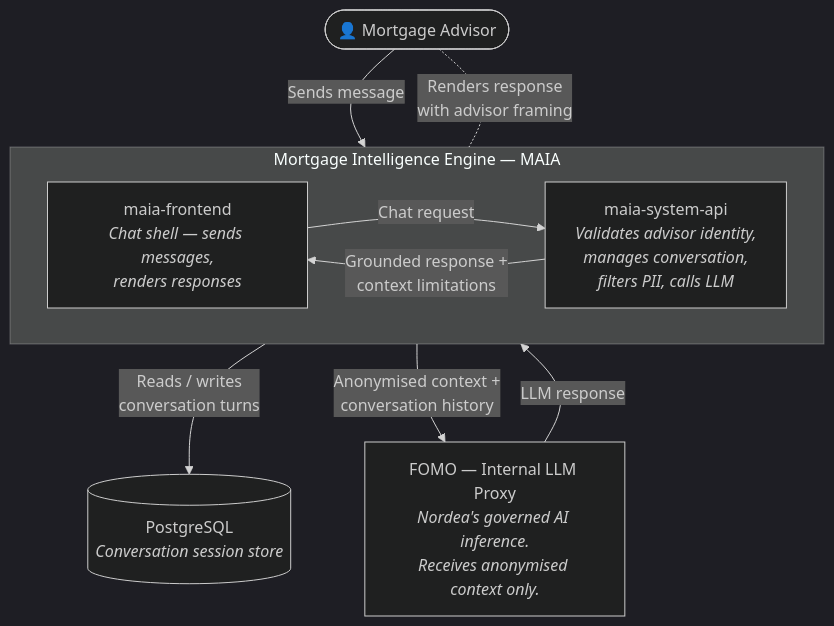
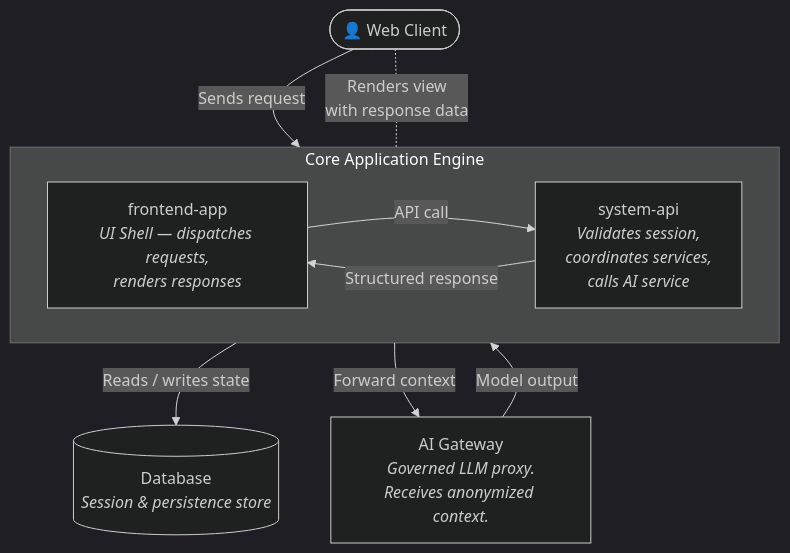
The diagram in demo.mmd (eserlan/mermaider), drawn with Mermaid (dark theme) before and after one commit. The commit also changed 1 other file, not shown here.

Commit message:
fix(demo): sanitize demo diagram to use generic application architecture

```diff
--- a/demo.mmd
+++ b/demo.mmd
@@ -1,19 +1,19 @@
 flowchart TB
-  ADVISOR(["👤 Mortgage Advisor"])
+  CLIENT(["👤 Web Client"])
 
-  subgraph MAIA_BOX["Mortgage Intelligence Engine — MAIA"]
+  subgraph ENGINE["Core Application Engine"]
     direction LR
-    FE["maia-frontend<br/><i>Chat shell — sends messages,<br/>renders responses</i>"]
-    API["maia-system-api<br/><i>Validates advisor identity,<br/>manages conversation,<br/>filters PII, calls LLM</i>"]
+    FE["frontend-app<br/><i>UI Shell — dispatches requests,<br/>renders responses</i>"]
+    API["system-api<br/><i>Validates session,<br/>coordinates services,<br/>calls AI service</i>"]
   end
 
-  ADVISOR -->|"Sends message"| FE
-  DB[("PostgreSQL<br/><i>Conversation session store<br/></i>")]
-  FOMO["FOMO — Internal LLM Proxy<br/><i>Nordea's governed AI inference.<br/>Receives anonymised context only.</i>"]
+  CLIENT -->|"Sends request"| FE
+  DB[("Database<br/><i>Session & persistence store</i>")]
+  AI["AI Gateway<br/><i>Governed LLM proxy.<br/>Receives anonymized context.</i>"]
 
-  FE -->|"Chat request"| API
-  API -->|"Reads / writes<br/>conversation turns"| DB
-  API -->|"Anonymised context +<br/>conversation history"| FOMO
-  FOMO -->|"LLM response"| API
-  API -->|"Grounded response +<br/>context limitations"| FE
-  ADVISOR <-.-|"Renders response<br/>with advisor framing"| FE
+  FE -->|"API call"| API
+  API -->|"Reads / writes state"| DB
+  API -->|"Forward context"| AI
+  AI -->|"Model output"| API
+  API -->|"Structured response"| FE
+  CLIENT <-.-|"Renders view<br/>with response data"| FE
```
